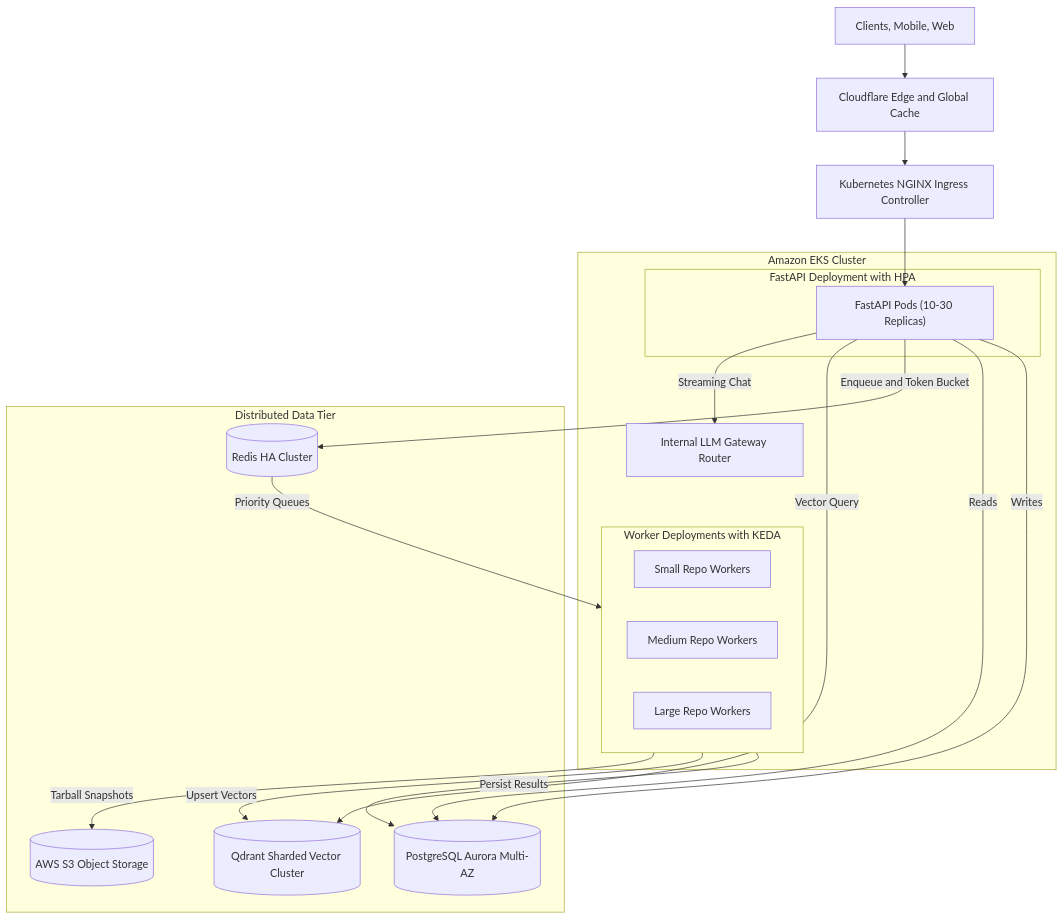
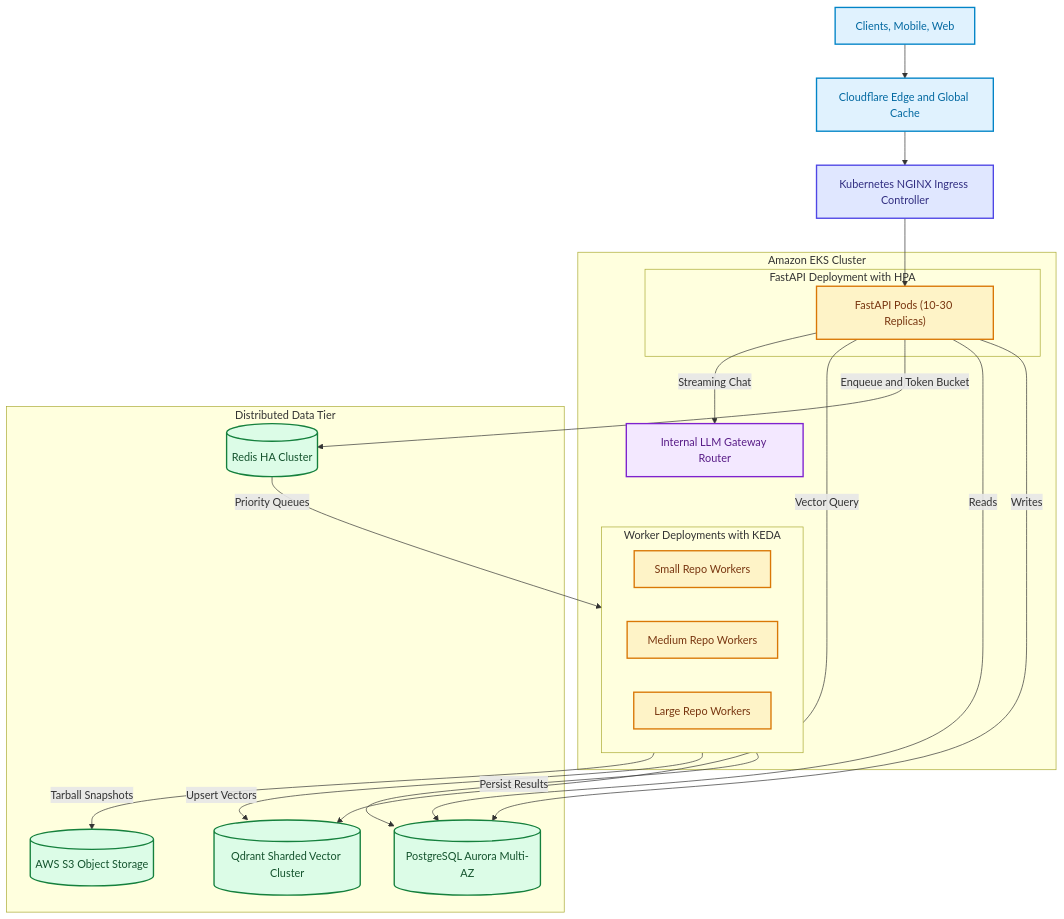
Before and after one commit to nikhil-87/CodeSensei: the third of 5 diagrams in INTERVIEW_PREP.md, drawn with Mermaid. The commit also changed other lines of this file and 9 other files, not shown here.

Commit message:
docs: added some colors to mermaid diagrams

````diff
--- a/INTERVIEW_PREP.md
+++ b/INTERVIEW_PREP.md
@@ -439,38 +453,50 @@
 ```mermaid
 flowchart TB
     Client["Clients, Mobile, Web"] --> CDN["Cloudflare Edge and Global Cache"]
     CDN --> Ingress["Kubernetes NGINX Ingress Controller"]
 
     subgraph K8sCluster ["Amazon EKS Cluster"]
         subgraph APIDeployment ["FastAPI Deployment with HPA"]
             APIPods["FastAPI Pods (10-30 Replicas)"]
         end
 
         subgraph KEDAWorkers ["Worker Deployments with KEDA"]
             QSmallW["Small Repo Workers"]
             QMedW["Medium Repo Workers"]
             QLargeW["Large Repo Workers"]
         end
 
         LLMGateway["Internal LLM Gateway Router"]
     end
 
     subgraph PersistentTier ["Distributed Data Tier"]
         DBCluster[("PostgreSQL Aurora Multi-AZ")]
         RedisHA[("Redis HA Cluster")]
         QdrantCluster[("Qdrant Sharded Vector Cluster")]
         S3[("AWS S3 Object Storage")]
     end
 
     Ingress --> APIPods
     APIPods -->|Writes| DBCluster
     APIPods -->|Reads| DBCluster
     APIPods -->|Enqueue and Token Bucket| RedisHA
     APIPods -->|Vector Query| QdrantCluster
     APIPods -->|Streaming Chat| LLMGateway
 
     RedisHA -->|Priority Queues| KEDAWorkers
     KEDAWorkers -->|Persist Results| DBCluster
     KEDAWorkers -->|Upsert Vectors| QdrantCluster
     KEDAWorkers -->|Tarball Snapshots| S3
+
+    classDef client fill:#e0f2fe,stroke:#0284c7,stroke-width:2px,color:#0369a1;
+    classDef ingress fill:#e0e7ff,stroke:#4f46e5,stroke-width:2px,color:#312e81;
+    classDef app fill:#fef3c7,stroke:#d97706,stroke-width:2px,color:#78350f;
+    classDef engine fill:#f3e8ff,stroke:#7e22ce,stroke-width:2px,color:#581c87;
+    classDef storage fill:#dcfce7,stroke:#15803d,stroke-width:2px,color:#14532d;
+
+    class Client,CDN client;
+    class Ingress ingress;
+    class APIPods,QSmallW,QMedW,QLargeW app;
+    class LLMGateway engine;
+    class DBCluster,RedisHA,QdrantCluster,S3 storage;
 ```
````
